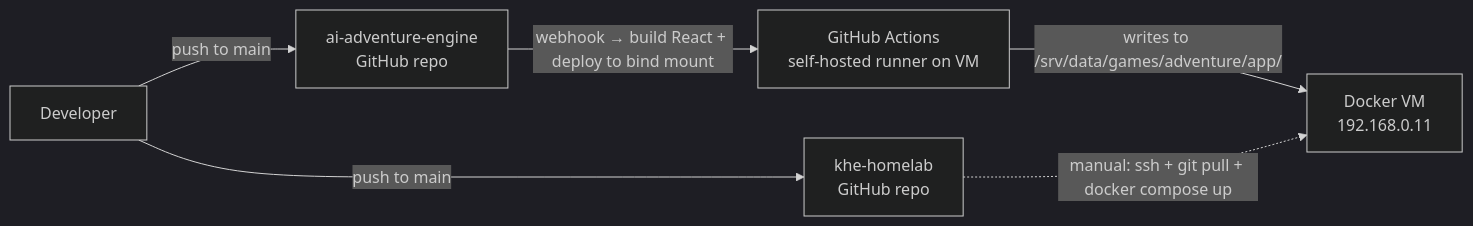
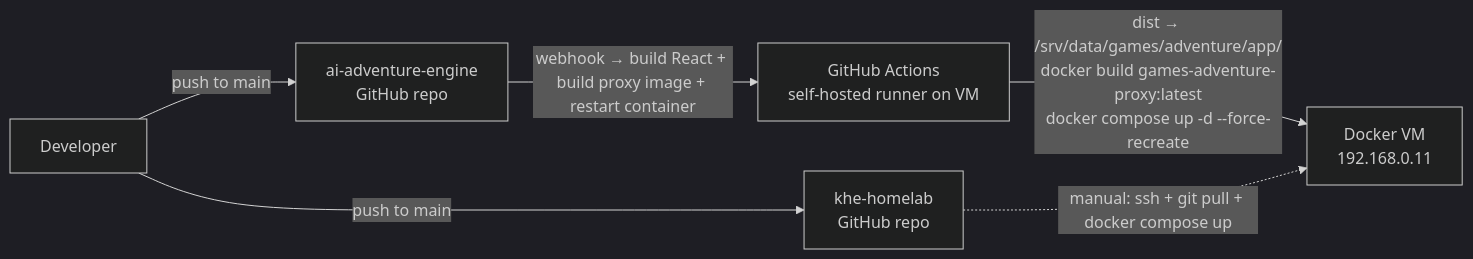
The seventh of 7 diagrams in docs/ARCHITECTURE.md (khelias/ai-adventure-engine), drawn with Mermaid (dark theme) before and after one commit. The commit also changed other lines of this file and 2 other files, not shown here.

Commit message:
docs: proxy lives in this repo now; drop stale homelab paths

````diff
--- a/docs/ARCHITECTURE.md
+++ b/docs/ARCHITECTURE.md
@@ -207,14 +207,14 @@
 ```mermaid
 flowchart LR
     Dev["Developer"]
     AERepo["ai-adventure-engine<br/>GitHub repo"]
     HLRepo["khe-homelab<br/>GitHub repo"]
     GHA["GitHub Actions<br/>self-hosted runner on VM"]
     VM["Docker VM<br/>192.168.0.11"]
 
     Dev -->|"push to main"| AERepo
     Dev -->|"push to main"| HLRepo
-    AERepo -->|"webhook → build React + deploy to bind mount"| GHA
-    GHA -->|"writes to /srv/data/games/adventure/app/"| VM
+    AERepo -->|"webhook → build React + build proxy image + restart container"| GHA
+    GHA -->|"dist → /srv/data/games/adventure/app/<br/>docker build games-adventure-proxy:latest<br/>docker compose up -d --force-recreate"| VM
     HLRepo -.->|"manual: ssh + git pull + docker compose up"| VM
 ```
````
